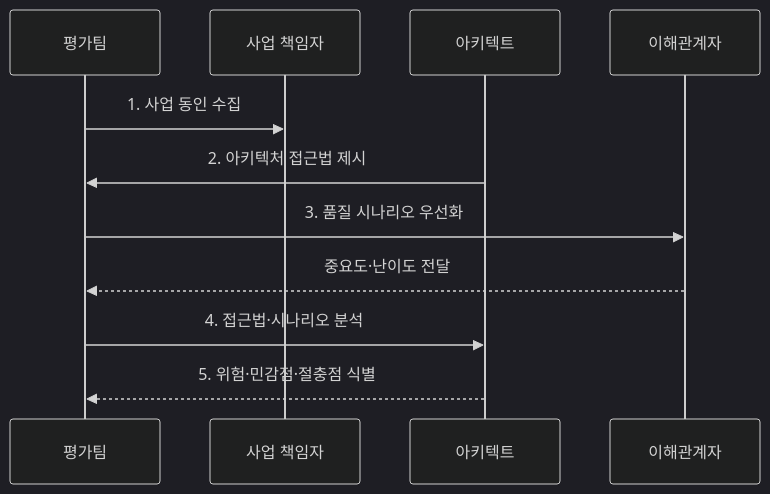
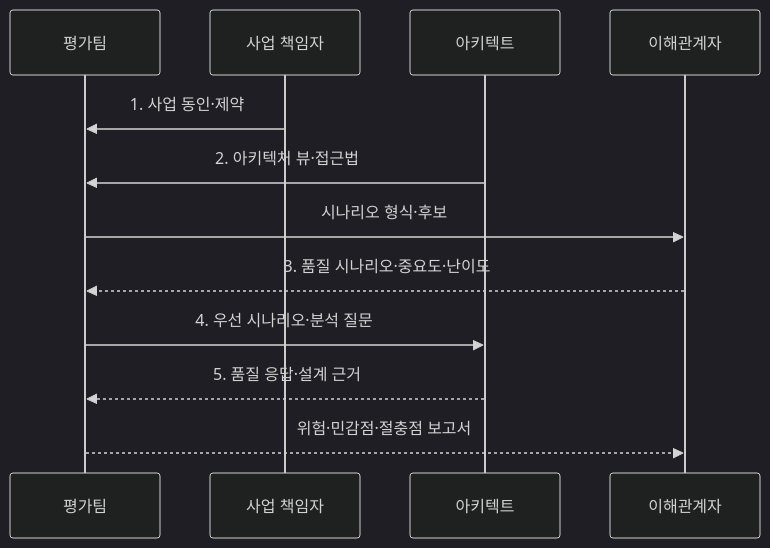
Before and after one commit to agnusdei1207/knowledge-base: the second of 2 diagrams in src/content/docs/notes/03-software/071_atam.md, drawn with Mermaid (dark theme). The commit also changed other lines of this file and 20 other files, not shown here.

````diff
--- a/src/content/docs/notes/03-software/071_atam.md
+++ b/src/content/docs/notes/03-software/071_atam.md
@@ -79,13 +86,14 @@
 ```mermaid
 sequenceDiagram
     participant E as 평가팀
     participant B as 사업 책임자
     participant A as 아키텍트
     participant S as 이해관계자
-    E->>B: 1. 사업 동인 수집
-    A->>E: 2. 아키텍처 접근법 제시
-    E->>S: 3. 품질 시나리오 우선화
-    S-->>E: 중요도·난이도 전달
-    E->>A: 4. 접근법·시나리오 분석
-    A-->>E: 5. 위험·민감점·절충점 식별
+    B->>E: 1. 사업 동인·제약
+    A->>E: 2. 아키텍처 뷰·접근법
+    E->>S: 시나리오 형식·후보
+    S-->>E: 3. 품질 시나리오·중요도·난이도
+    E->>A: 4. 우선 시나리오·분석 질문
+    A-->>E: 5. 품질 응답·설계 근거
+    E-->>S: 위험·민감점·절충점 보고서
 ```
````
